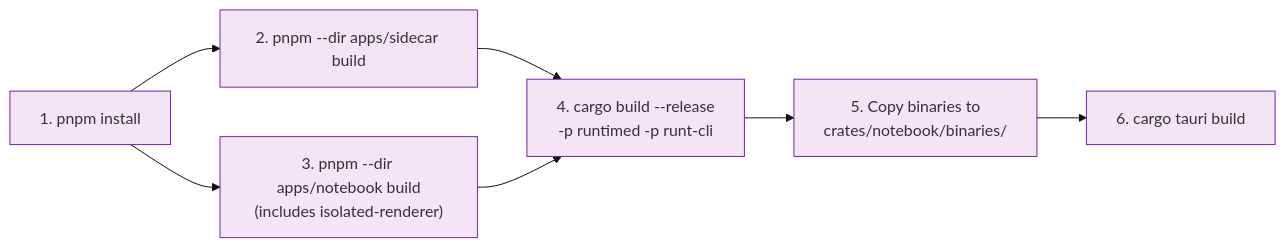
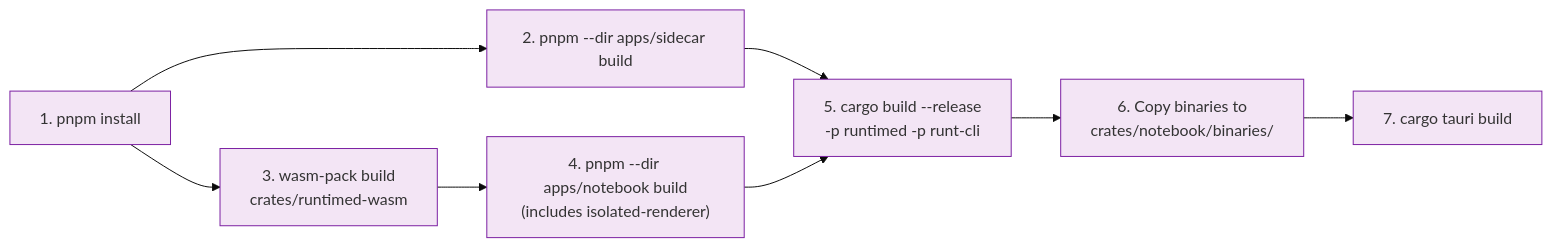
Before and after one commit to nteract/desktop: the second of 3 diagrams in contributing/build-dependencies.md, drawn with Mermaid (base theme). The commit also changed other lines of this file and 11 other files, not shown here.

First line of the commit message:
docs: post-migration audit — update all docs for local-first Automerge architecture

````diff
--- a/contributing/build-dependencies.md
+++ b/contributing/build-dependencies.md
@@ -75,12 +77,13 @@
 ```mermaid
 graph LR
     A["1. pnpm install"] --> B["2. pnpm --dir apps/sidecar build"]
-    A --> C["3. pnpm --dir apps/notebook build<br/>(includes isolated-renderer)"]
-    B --> D["4. cargo build --release<br/>-p runtimed -p runt-cli"]
+    A --> W["3. wasm-pack build<br/>crates/runtimed-wasm"]
+    W --> C["4. pnpm --dir apps/notebook build<br/>(includes isolated-renderer)"]
+    B --> D["5. cargo build --release<br/>-p runtimed -p runt-cli"]
     C --> D
-    D --> E["5. Copy binaries to<br/>crates/notebook/binaries/"]
-    E --> F["6. cargo tauri build"]
+    D --> E["6. Copy binaries to<br/>crates/notebook/binaries/"]
+    E --> F["7. cargo tauri build"]
 
     classDef step fill:#f3e5f5,stroke:#7b1fa2
-    class A,B,C,D,E,F step
+    class A,B,W,C,D,E,F step
 ```
````
